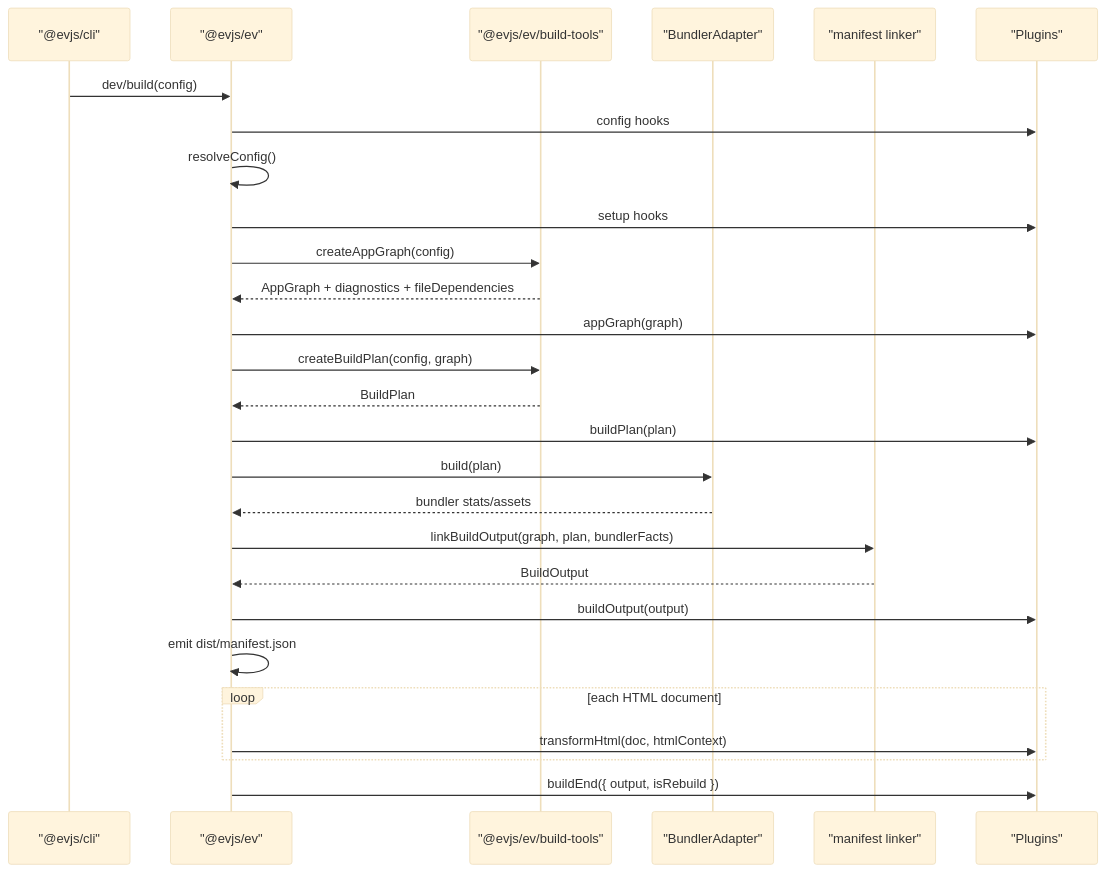
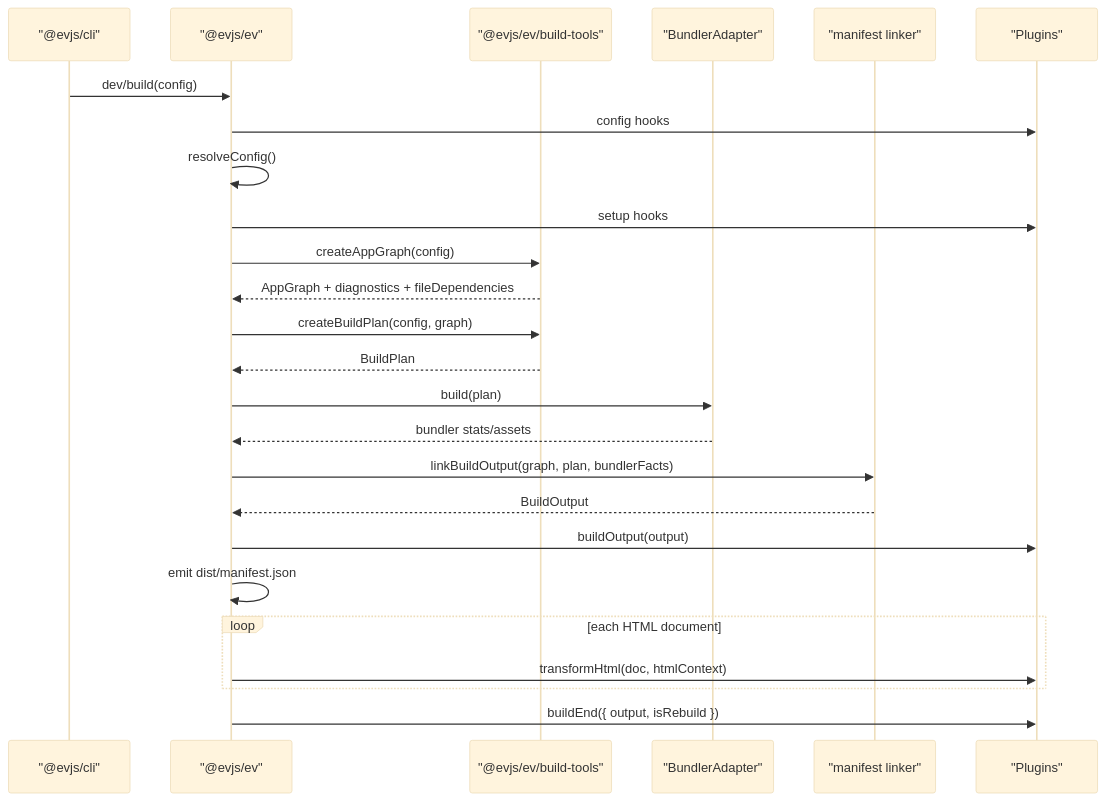
One commit to afx-team/evjs changed the first of 3 diagrams in docs/docs/architecture.md. Above: the diagram before and after it, drawn with Mermaid (base theme). The commit also changed other lines of this file and 28 other files, not shown here.

````diff
--- a/docs/docs/architecture.md
+++ b/docs/docs/architecture.md
@@ -116,30 +116,28 @@
 ```mermaid
 sequenceDiagram
   participant CLI as "@evjs/cli"
   participant EV as "@evjs/ev"
   participant Tools as "@evjs/ev/build-tools"
   participant Bundler as "BundlerAdapter"
   participant Manifest as "manifest linker"
   participant Plugins as "Plugins"
 
   CLI->>EV: dev/build(config)
   EV->>Plugins: config hooks
   EV->>EV: resolveConfig()
   EV->>Plugins: setup hooks
   EV->>Tools: createAppGraph(config)
   Tools-->>EV: AppGraph + diagnostics + fileDependencies
-  EV->>Plugins: appGraph(graph)
   EV->>Tools: createBuildPlan(config, graph)
   Tools-->>EV: BuildPlan
-  EV->>Plugins: buildPlan(plan)
   EV->>Bundler: build(plan)
   Bundler-->>EV: bundler stats/assets
   EV->>Manifest: linkBuildOutput(graph, plan, bundlerFacts)
   Manifest-->>EV: BuildOutput
   EV->>Plugins: buildOutput(output)
   EV->>EV: emit dist/manifest.json
   loop each HTML document
     EV->>Plugins: transformHtml(doc, htmlContext)
   end
   EV->>Plugins: buildEnd({ output, isRebuild })
 ```
````
